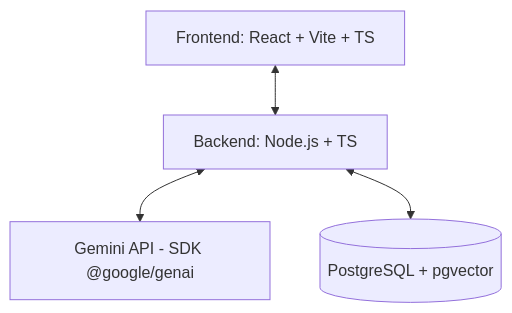
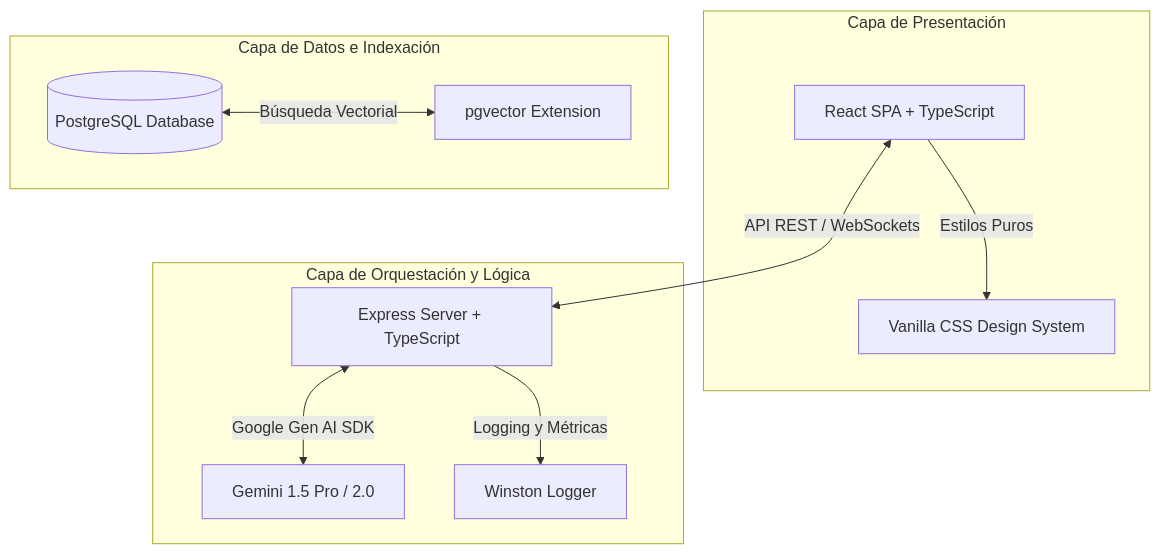
The diagram in README.md (casmian/Agente-Alura-Josue), drawn with Mermaid before and after one commit. The commit also changed other lines of this file and 2 other files, not shown here.

````diff
--- a/README.md
+++ b/README.md
@@ -34,6 +47,17 @@
 ```mermaid
 graph TD
-    Client[Frontend: React + Vite + TS] <--> Server[Backend: Node.js + TS]
-    Server <--> LLM[Gemini API - SDK @google/genai]
-    Server <--> DB[(PostgreSQL + pgvector)]
+    subgraph Capa de Presentación
+        UI[React SPA + TypeScript] -->|Estilos Puros| CSS[Vanilla CSS Design System]
+    end
+
+    subgraph Capa de Orquestación y Lógica
+        Server[Express Server + TypeScript] <-->|Google Gen AI SDK| Gemini[Gemini 1.5 Pro / 2.0]
+        Server -->|Logging y Métricas| Logger[Winston Logger]
+    end
+
+    subgraph Capa de Datos e Indexación
+        DB[(PostgreSQL Database)] <-->|Búsqueda Vectorial| PgVector[pgvector Extension]
+    end
+
+    UI <-->|API REST / WebSockets| Server
 ```
````
